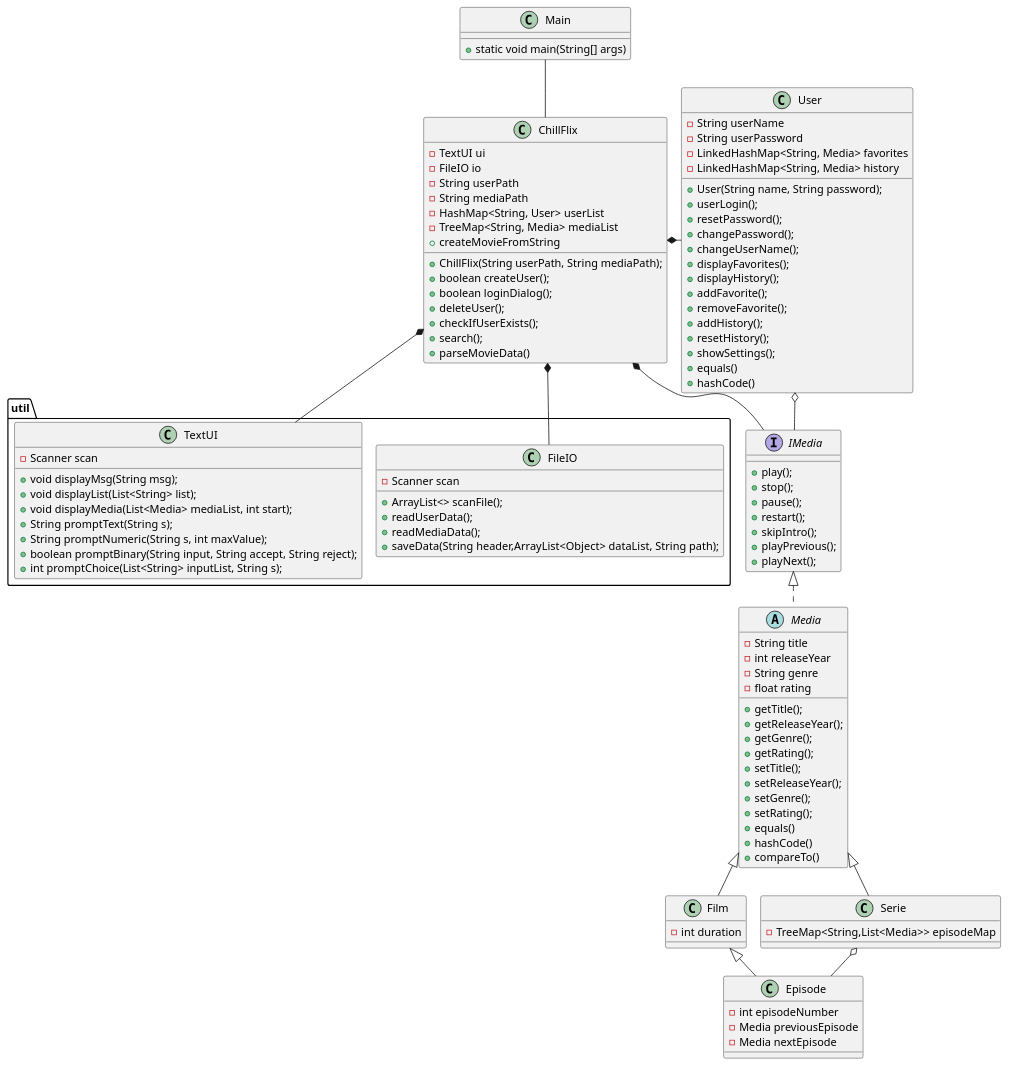
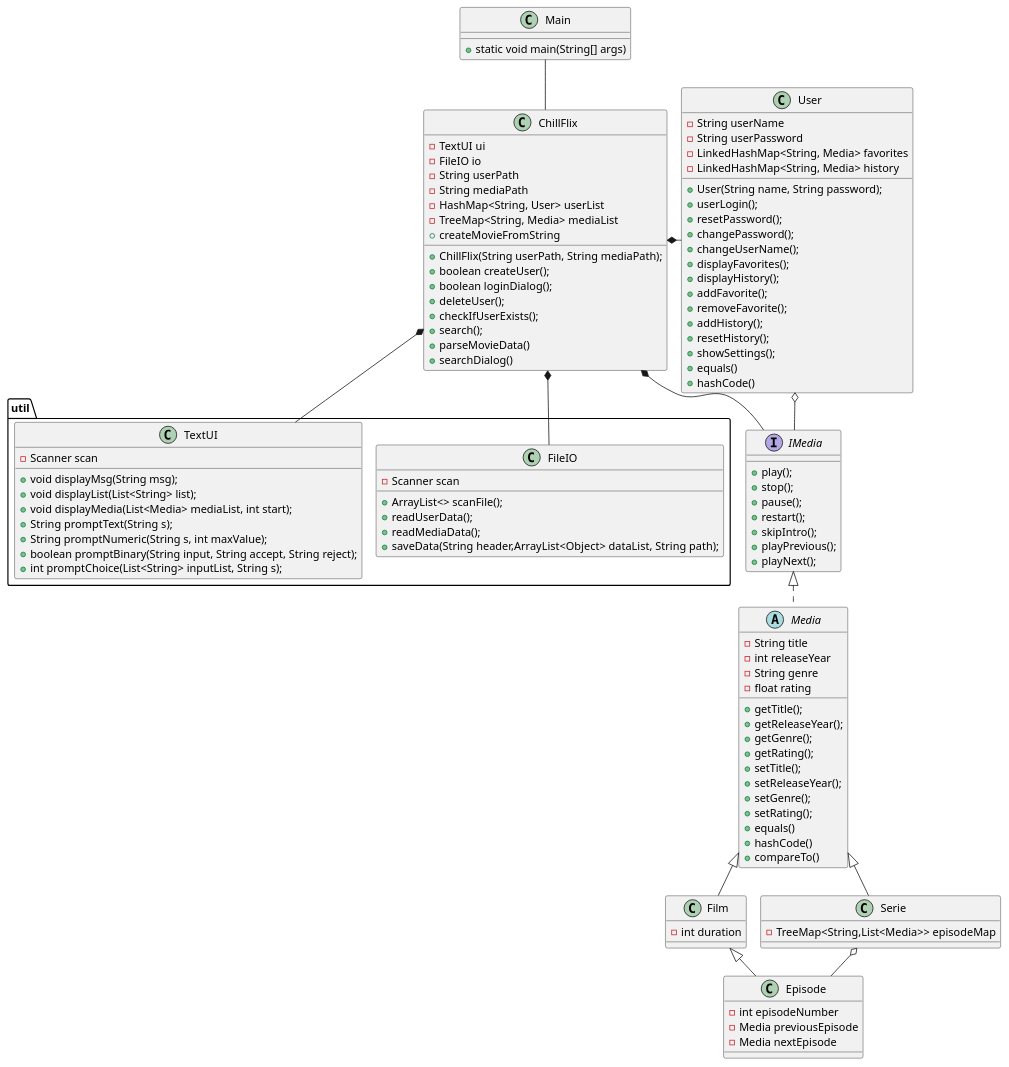
Before and after one commit to Falcho/SP3: the diagram in docs/classDiagram.puml, drawn with PlantUML. The commit also changed 1 other file, not shown here.

```diff
--- a/docs/classDiagram.puml
+++ b/docs/classDiagram.puml
@@ -1,122 +1,123 @@
 @startuml
 'https://plantuml.com/class-diagram
 !pragma layout smetana
 
 Class Main{
 +static void main(String[] args)
 }
 
 Class ChillFlix{
 -TextUI ui
 -FileIO io
 -String userPath
 -String mediaPath
 -HashMap<String, User> userList
 -TreeMap<String, Media> mediaList
 +ChillFlix(String userPath, String mediaPath);
 +boolean createUser();
 +boolean loginDialog();
 +deleteUser();
 +checkIfUserExists();
 +search();
 +parseMovieData()
 +createMovieFromString
++searchDialog()
 }
 
 
 Class User{
 -String userName
 -String userPassword
 -LinkedHashMap<String, Media> favorites
 -LinkedHashMap<String, Media> history
 +User(String name, String password);
 +userLogin();
 +resetPassword();
 +changePassword();
 +changeUserName();
 +displayFavorites();
 +displayHistory();
 +addFavorite();
 +removeFavorite();
 +addHistory();
 +resetHistory();
 +showSettings();
 +equals()
 +hashCode()
 }
 
 Interface IMedia{
 +play();
 +stop();
 +pause();
 +restart();
 +skipIntro();
 +playPrevious();
 +playNext();
 }
 abstract Class Media{
 -String title
 -int releaseYear
 -String genre
 -float rating
 +getTitle();
 +getReleaseYear();
 +getGenre();
 +getRating();
 +setTitle();
 +setReleaseYear();
 +setGenre();
 +setRating();
 +equals()
 +hashCode()
 +compareTo()
 }
 
 Class Film {
 -int duration
 }
 
 Class Serie{
 -TreeMap<String,List<Media>> episodeMap
 }
 
 
 Class Episode{
 -int episodeNumber
 -Media previousEpisode
 -Media nextEpisode
 }
 package util {
     Class FileIO{
     -Scanner scan
     +ArrayList<> scanFile();
     +readUserData();
     +readMediaData();
     +saveData(String header,ArrayList<Object> dataList, String path);
     }
 
     Class TextUI{
     -Scanner scan
     +void displayMsg(String msg);
     +void displayList(List<String> list);
     +void displayMedia(List<Media> mediaList, int start);
     +String promptText(String s);
     +String promptNumeric(String s, int maxValue);
     +boolean promptBinary(String input, String accept, String reject);
     +int promptChoice(List<String> inputList, String s);
     }
 }
 
 Film <|-- Episode
 Media <|-- Film
 Media <|-- Serie
 Serie o-- Episode
 IMedia <|.. Media
 ChillFlix *- User
 ChillFlix *-- IMedia
 ChillFlix *-- FileIO
 ChillFlix *-- TextUI
 Main -- ChillFlix
 User o- IMedia
 
 @enduml
```
